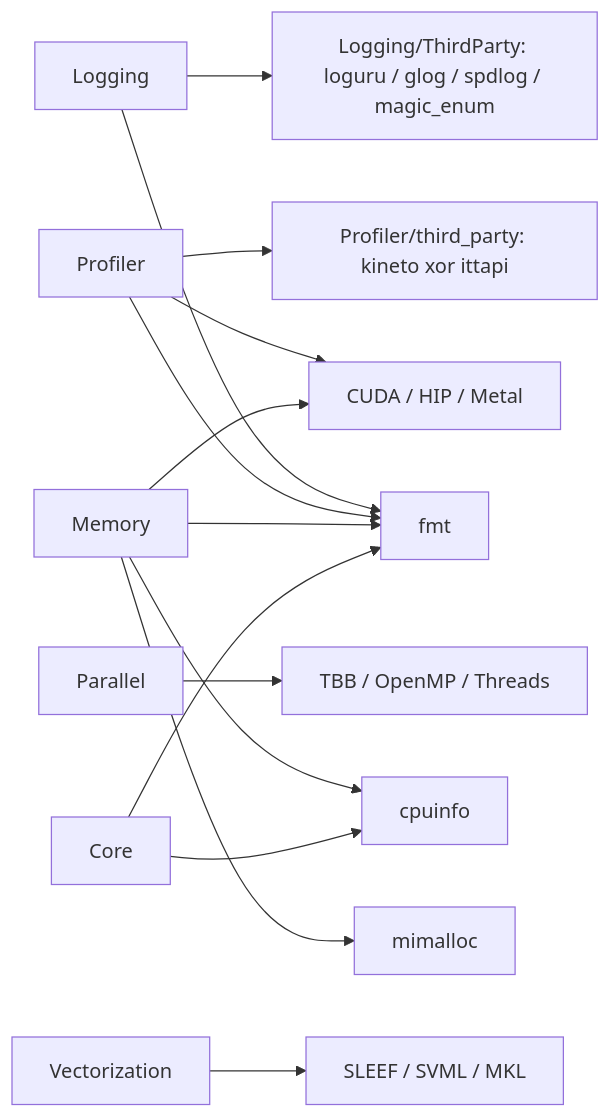
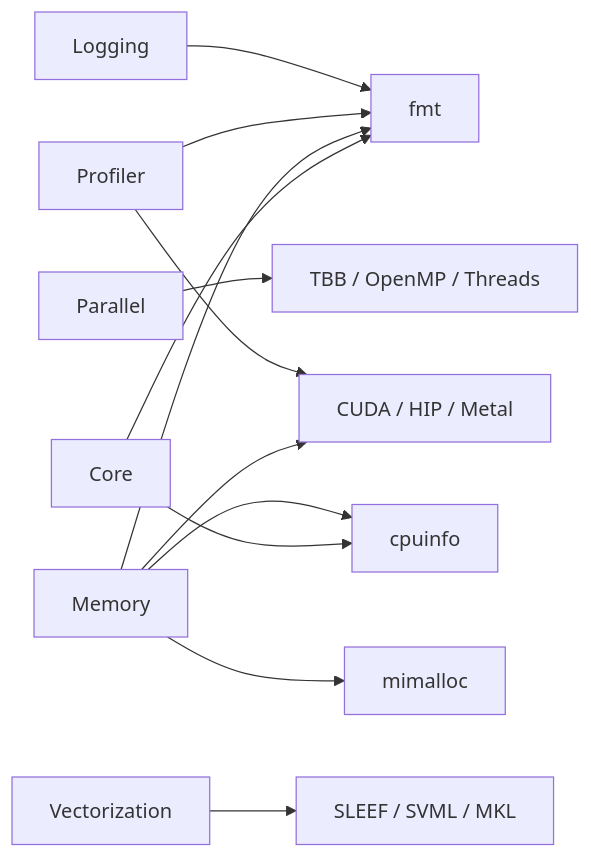
Before and after one commit to KhwarizmiAnalytix/XSigma: the fifth of 5 diagrams in Docs/PROJECT_DEPENDENCIES.md, drawn with Mermaid. The commit also changed other lines of this file and 80 other files, not shown here.

First line of the commit message:
Stop compiling nested Logging and Profiler backends from XSigma.

````diff
--- a/Docs/PROJECT_DEPENDENCIES.md
+++ b/Docs/PROJECT_DEPENDENCIES.md
@@ -155,16 +155,14 @@
 ```mermaid
 flowchart LR
   Logging --> fmt
-  Logging --> loguru_glog_spdlog["Logging/ThirdParty: loguru / glog / spdlog / magic_enum"]
   Parallel --> tbb_omp["TBB / OpenMP / Threads"]
   Profiler --> fmt
-  Profiler --> nested_backends["Profiler/third_party: kineto xor ittapi"]
   Profiler --> gpu_rt["CUDA / HIP / Metal"]
   Memory --> fmt
   Memory --> cpuinfo
   Memory --> mimalloc
   Memory --> gpu_rt
   Vectorization --> sleef_svml_mkl["SLEEF / SVML / MKL"]
   Core --> fmt
   Core --> cpuinfo
 ```
````
